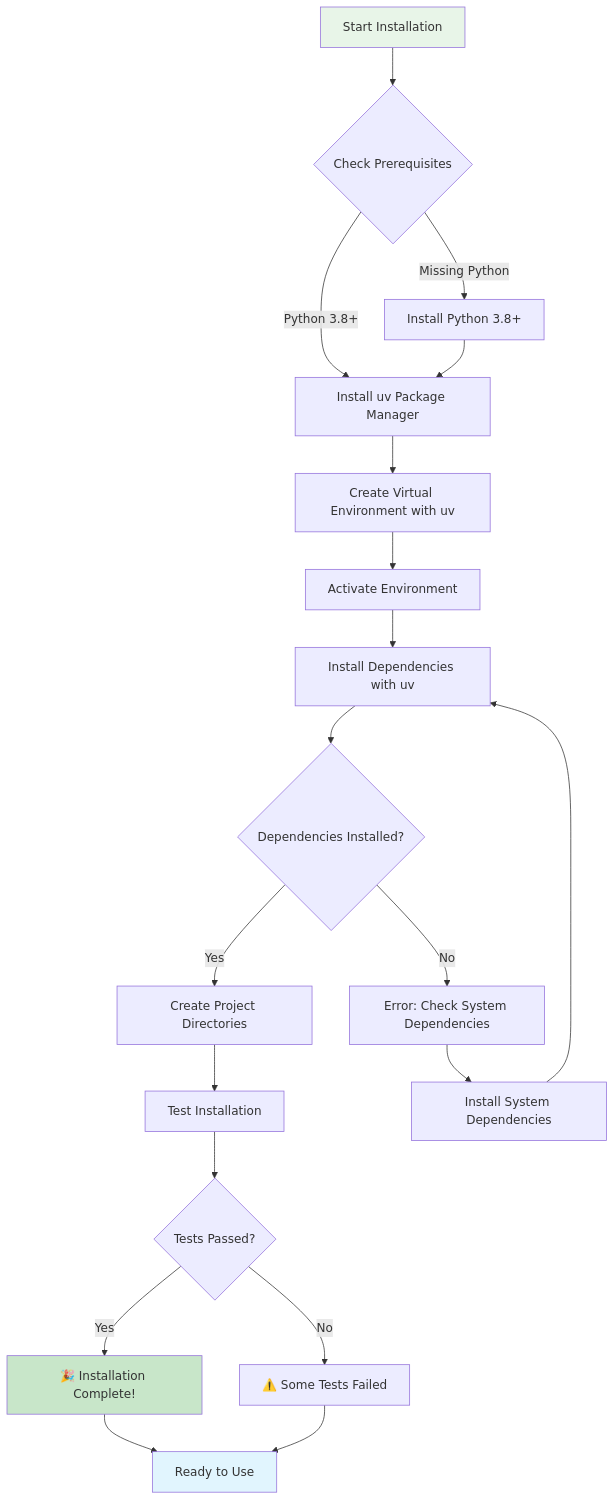
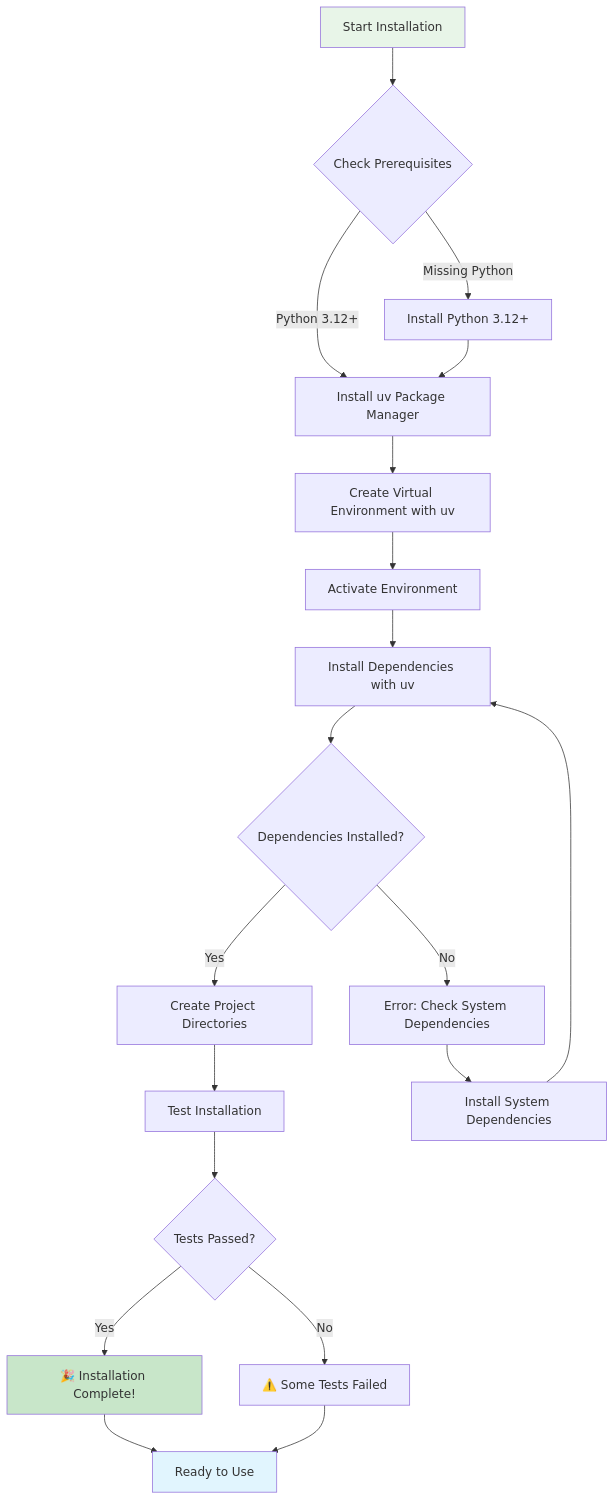
The eighth of 9 diagrams in README.md (Fedele-AI/RoguePredictor), drawn with Mermaid before and after one commit. The commit also changed other lines of this file and 23 other files, not shown here.

````diff
--- a/README.md
+++ b/README.md
@@ -746,29 +739,29 @@
 ```mermaid
 flowchart TD
     A[Start Installation] --> B{Check Prerequisites}
-    B -->|Python 3.8+| C[Install uv Package Manager]
-    B -->|Missing Python| D[Install Python 3.8+]
+    B -->|Python 3.12+| C[Install uv Package Manager]
+    B -->|Missing Python| D[Install Python 3.12+]
     D --> C
     
     C --> E[Create Virtual Environment with uv]
     E --> F[Activate Environment]
     F --> G[Install Dependencies with uv]
     
     G --> H{Dependencies Installed?}
     H -->|Yes| I[Create Project Directories]
     H -->|No| J[Error: Check System Dependencies]
     J --> K[Install System Dependencies]
     K --> G
     
     I --> L[Test Installation]
     L --> M{Tests Passed?}
     M -->|Yes| N[🎉 Installation Complete!]
     M -->|No| O[⚠️ Some Tests Failed]
     
     N --> P[Ready to Use]
     O --> P
     
     style A fill:#e8f5e8
     style N fill:#c8e6c9
     style P fill:#e1f5fe
 ```
````
